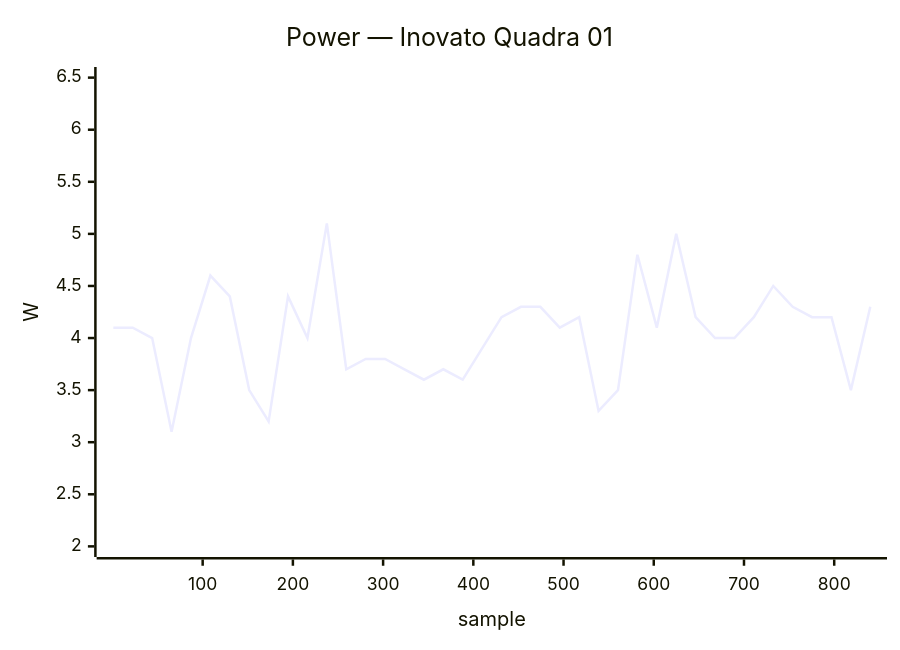
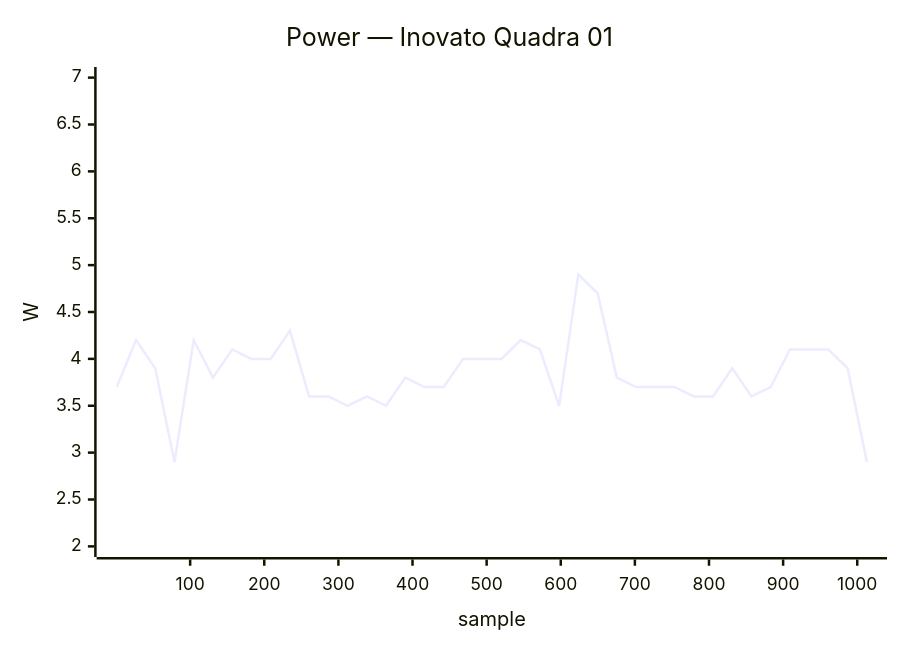
Before and after one commit to armbian/documentation: diagram 18 of 40 in docs/status/board-tests.md, drawn with Mermaid. The commit also changed other lines of this file, not shown here.

````diff
--- a/docs/status/board-tests.md
+++ b/docs/status/board-tests.md
@@ -583,7 +815,7 @@
 ```mermaid
 xychart-beta
     title "Power — Inovato Quadra 01"
-    x-axis "sample" 1 --> 840
-    y-axis "W" 2.0 --> 6.5
-    line [4.1, 4.1, 4.0, 3.1, 4.0, 4.6, 4.4, 3.5, 3.2, 4.4, 4.0, 5.1, 3.7, 3.8, 3.8, 3.7, 3.6, 3.7, 3.6, 3.9, 4.2, 4.3, 4.3, 4.1, 4.2, 3.3, 3.5, 4.8, 4.1, 5.0, 4.2, 4.0, 4.0, 4.2, 4.5, 4.3, 4.2, 4.2, 3.5, 4.3]
+    x-axis "sample" 1 --> 1013
+    y-axis "W" 2.0 --> 7.0
+    line [3.7, 4.2, 3.9, 2.9, 4.2, 3.8, 4.1, 4.0, 4.0, 4.3, 3.6, 3.6, 3.5, 3.6, 3.5, 3.8, 3.7, 3.7, 4.0, 4.0, 4.0, 4.2, 4.1, 3.5, 4.9, 4.7, 3.8, 3.7, 3.7, 3.7, 3.6, 3.6, 3.9, 3.6, 3.7, 4.1, 4.1, 4.1, 3.9, 2.9]
 ```
````
